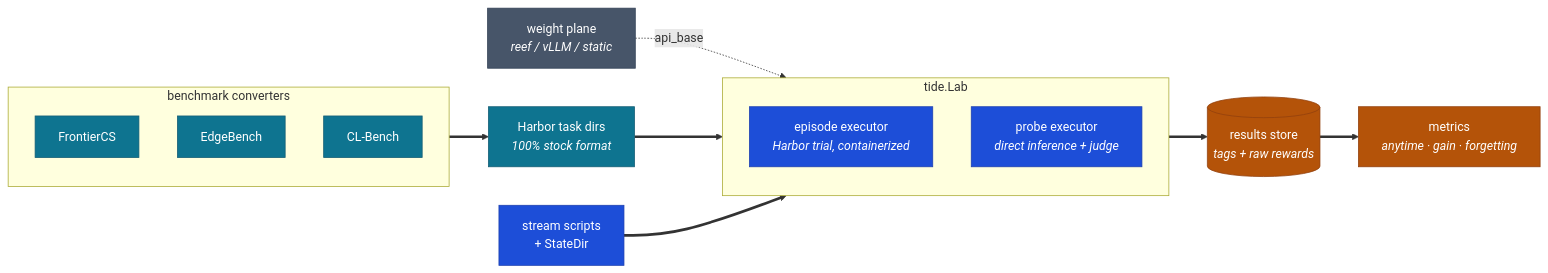
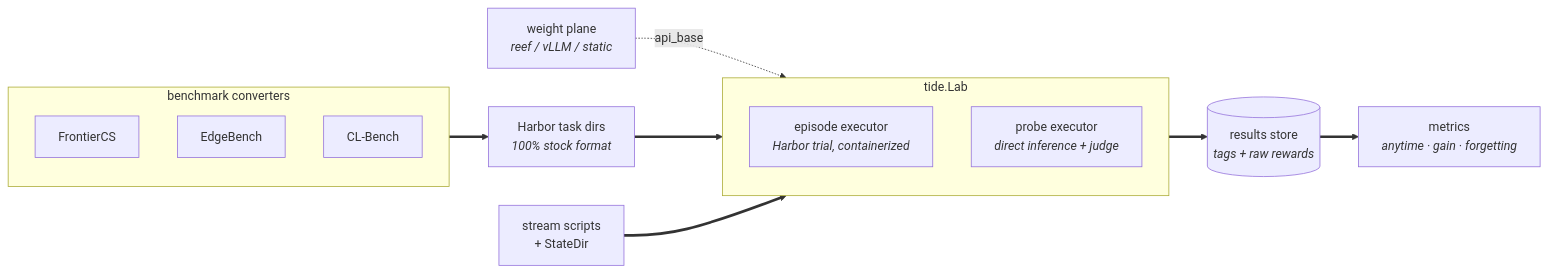
Before and after one commit to Human-Agent-Society/tide-eval: the first of 5 diagrams in README.md, drawn with Mermaid. The commit also changed other lines of this file and 2 other files, not shown here.

First line of the commit message:
Plain diagrams, e2e workflow with oracle gate

````diff
--- a/README.md
+++ b/README.md
@@ -39,30 +39,21 @@
 ```mermaid
-%%{init: {"flowchart": {"curve": "basis"}}}%%
 flowchart LR
     subgraph conv[" benchmark converters "]
         direction TB
         FC[FrontierCS]
         EB[EdgeBench]
         CLB[CL-Bench]
     end
     conv ==> T["Harbor task dirs<br/><i>100% stock format</i>"]
     T ==> LAB
     subgraph LAB[" tide.Lab "]
         direction TB
         EX["episode executor<br/><i>Harbor trial, containerized</i>"]
         PR["probe executor<br/><i>direct inference + judge</i>"]
     end
     SS["stream scripts<br/>+ StateDir"] ==> LAB
     LAB ==> ST[("results store<br/><i>tags + raw rewards</i>")]
     ST ==> M["metrics<br/><i>anytime · gain · forgetting</i>"]
     W["weight plane<br/><i>reef / vLLM / static</i>"] -.->|api_base| EX
 
-    classDef tasks fill:#0e7490,stroke:#155e75,color:#ffffff
-    classDef core fill:#1d4ed8,stroke:#1e40af,color:#ffffff
-    classDef data fill:#b45309,stroke:#92400e,color:#ffffff
-    classDef ext fill:#475569,stroke:#334155,color:#ffffff
-    class FC,EB,CLB,T tasks
-    class EX,PR,SS core
-    class ST,M data
-    class W ext
 ```
````
